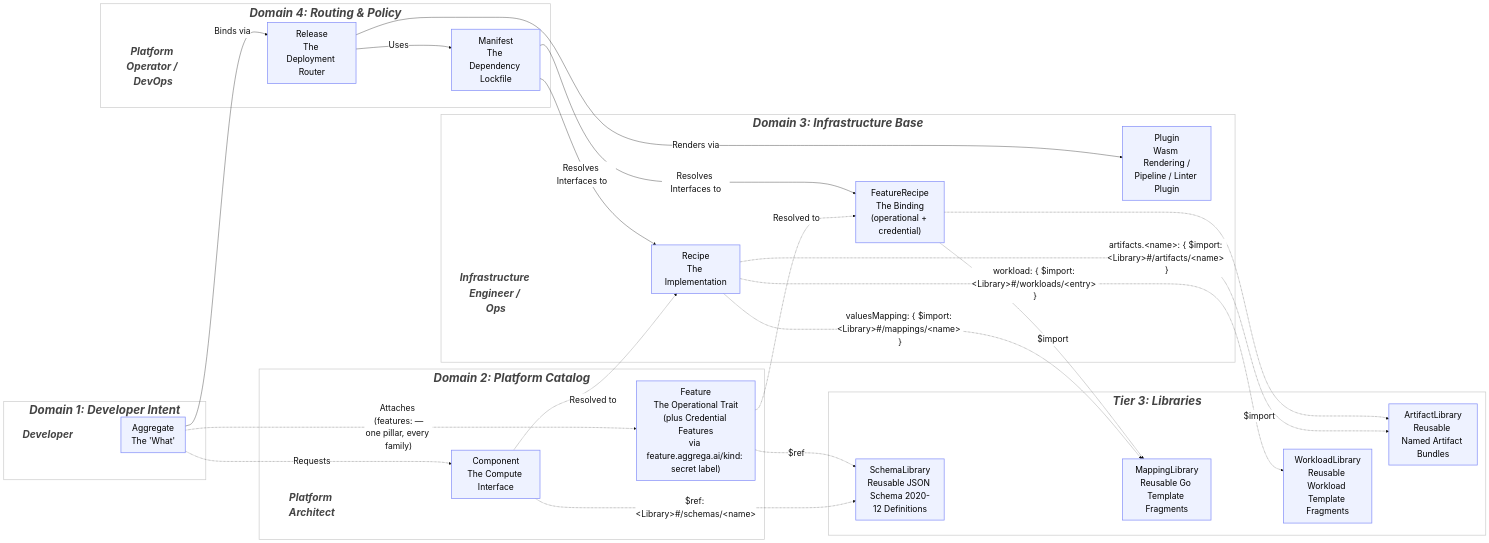
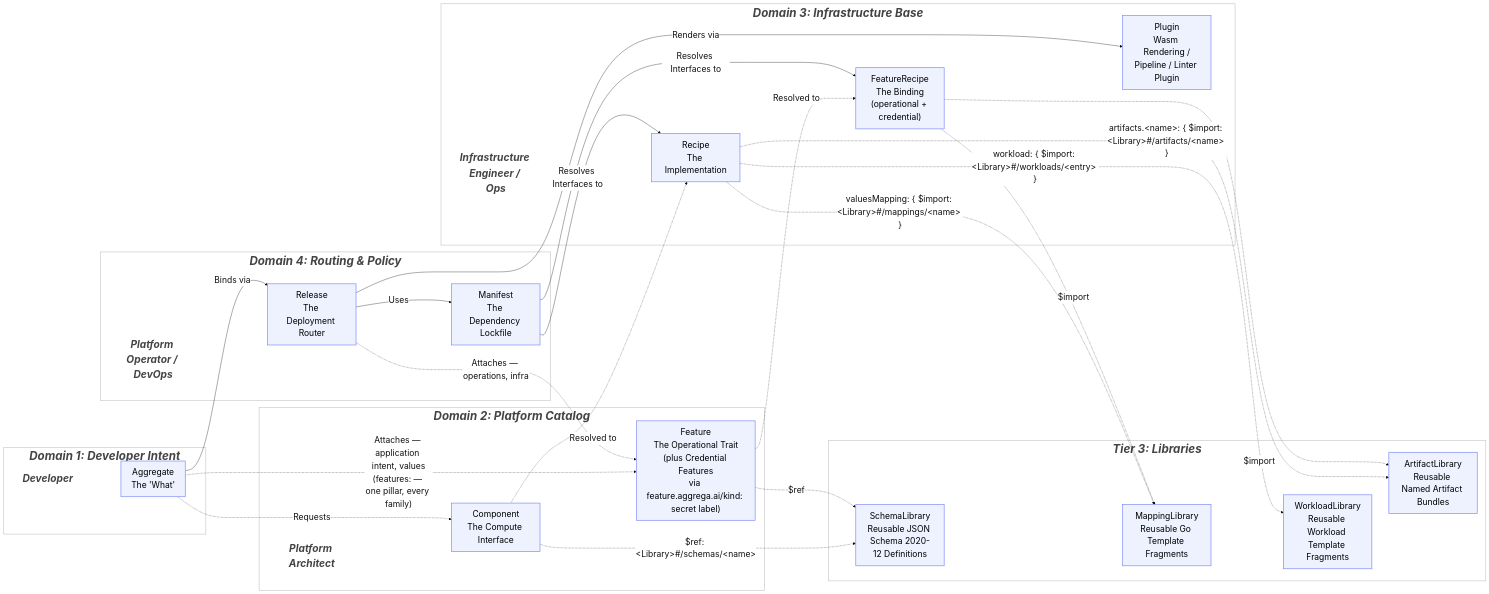
The diagram in architecture/04-entity-taxonomy.md (aggrega-ai/aggrega-docs), drawn with Mermaid before and after one commit. The commit also changed other lines of this file and 9 other files, not shown here.

Commit message:
docs: teach that operations attach operations-only Features in the Release

```diff
--- a/architecture/04-entity-taxonomy.md
+++ b/architecture/04-entity-taxonomy.md
@@ -65,8 +65,9 @@
 
     %% Logical Flow Connections
     A -.->|"Requests"| CC
-    A -.->|"Attaches (features: —<br/>one pillar, every family)"| CapC
+    A -.->|"Attaches — application intent, values<br/>(features: — one pillar, every family)"| CapC
     A -->|"Binds via"| EB
+    EB -.->|"Attaches — operations, infra"| CapC
 
     CC -.->|"Resolved to"| CD
     CapC -.->|"Resolved to"| CapD
```
